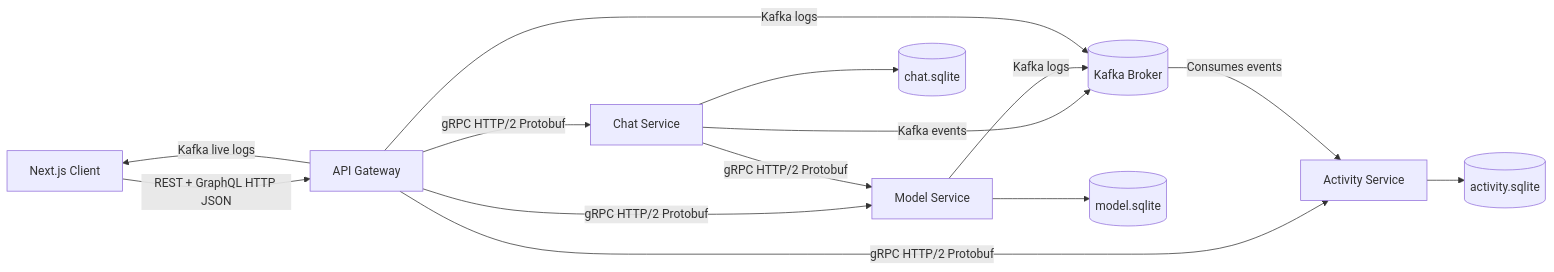
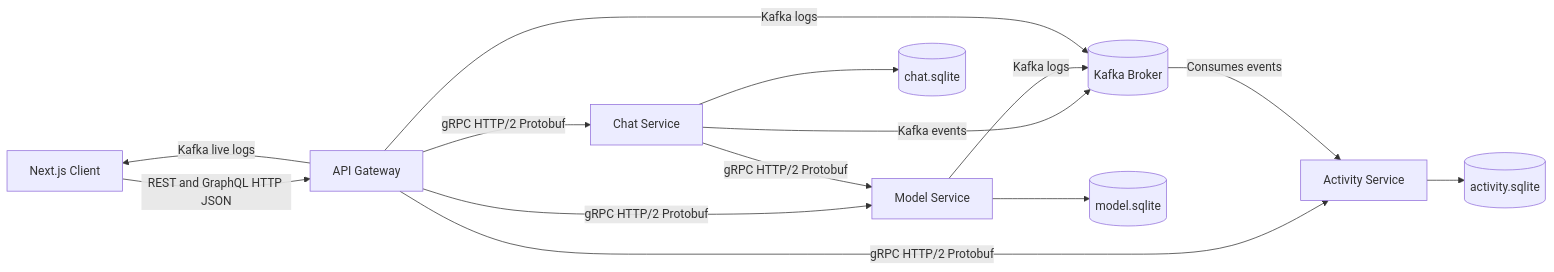
One commit to Luna-SOA/Luna changed the seventh of 8 diagrams in README.md. Above: the diagram before and after it, drawn with Mermaid. The commit also changed other lines of this file and 14 other files, not shown here.

Commit message:
fix event flow reliability and railway deployment

````diff
--- a/README.md
+++ b/README.md
@@ -144,16 +161,16 @@
 ```mermaid
 flowchart LR
-  Client[Next.js Client] -->|REST + GraphQL HTTP JSON| Gateway[API Gateway]
-  Gateway -->|gRPC HTTP/2 Protobuf| Chat[Chat Service]
-  Gateway -->|gRPC HTTP/2 Protobuf| Model[Model Service]
-  Gateway -->|gRPC HTTP/2 Protobuf| Activity[Activity Service]
-  Chat -->|gRPC HTTP/2 Protobuf| Model
-  Chat -->|Kafka events| Kafka[(Kafka Broker)]
-  Model -->|Kafka logs| Kafka
-  Gateway -->|Kafka logs| Kafka
-  Kafka -->|Consumes events| Activity
-  Gateway -->|Kafka live logs| Client
+  Client[Next.js Client] -->|"REST and GraphQL HTTP JSON"| Gateway[API Gateway]
+  Gateway -->|"gRPC HTTP/2 Protobuf"| Chat[Chat Service]
+  Gateway -->|"gRPC HTTP/2 Protobuf"| Model[Model Service]
+  Gateway -->|"gRPC HTTP/2 Protobuf"| Activity[Activity Service]
+  Chat -->|"gRPC HTTP/2 Protobuf"| Model
+  Chat -->|"Kafka events"| Kafka[(Kafka Broker)]
+  Model -->|"Kafka logs"| Kafka
+  Gateway -->|"Kafka logs"| Kafka
+  Kafka -->|"Consumes events"| Activity
+  Gateway -->|"Kafka live logs"| Client
   Chat --> ChatDb[(chat.sqlite)]
   Model --> ModelDb[(model.sqlite)]
   Activity --> ActivityDb[(activity.sqlite)]
 ```
````
